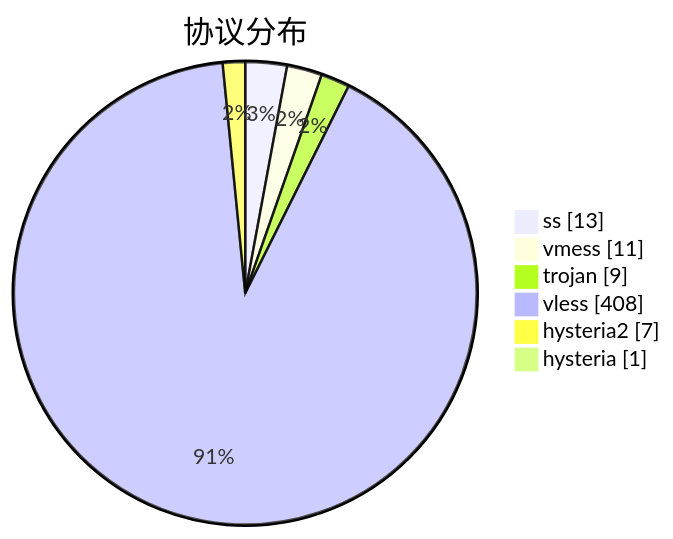
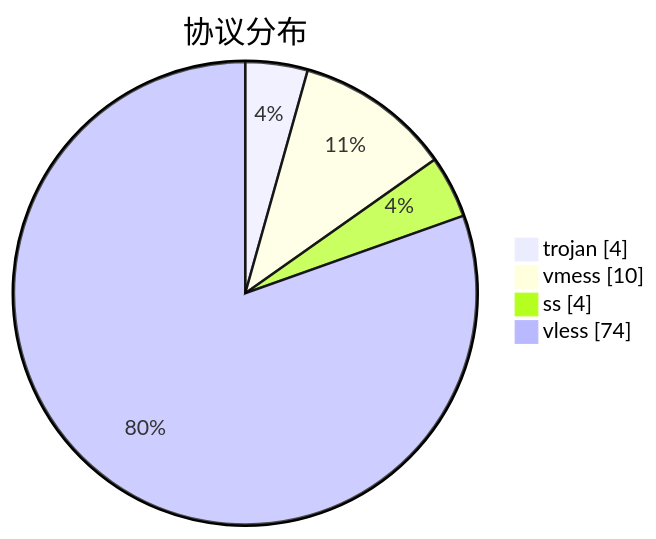
Before and after one commit to sinspired/airport: the third of 3 diagrams in subs/statistics/tested_within.md, drawn with Mermaid. The commit also changed other lines of this file and 2 other files, not shown here.

````diff
--- a/subs/statistics/tested_within.md
+++ b/subs/statistics/tested_within.md
@@ -36,10 +25,8 @@
 ```mermaid
 pie showData
 title 协议分布
-"ss" : 13
-"vmess" : 11
-"trojan" : 9
-"vless" : 408
-"hysteria2" : 7
-"hysteria" : 1
+"trojan" : 4
+"vmess" : 10
+"ss" : 4
+"vless" : 74
 ```
````
